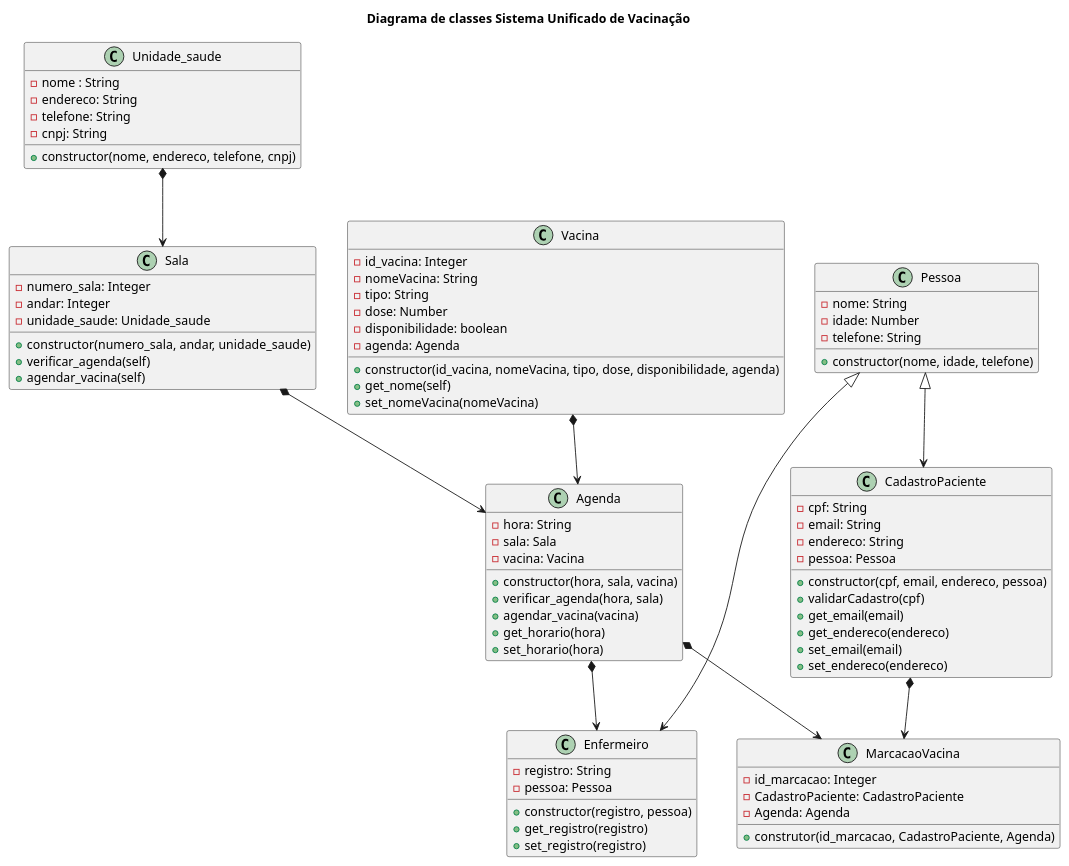
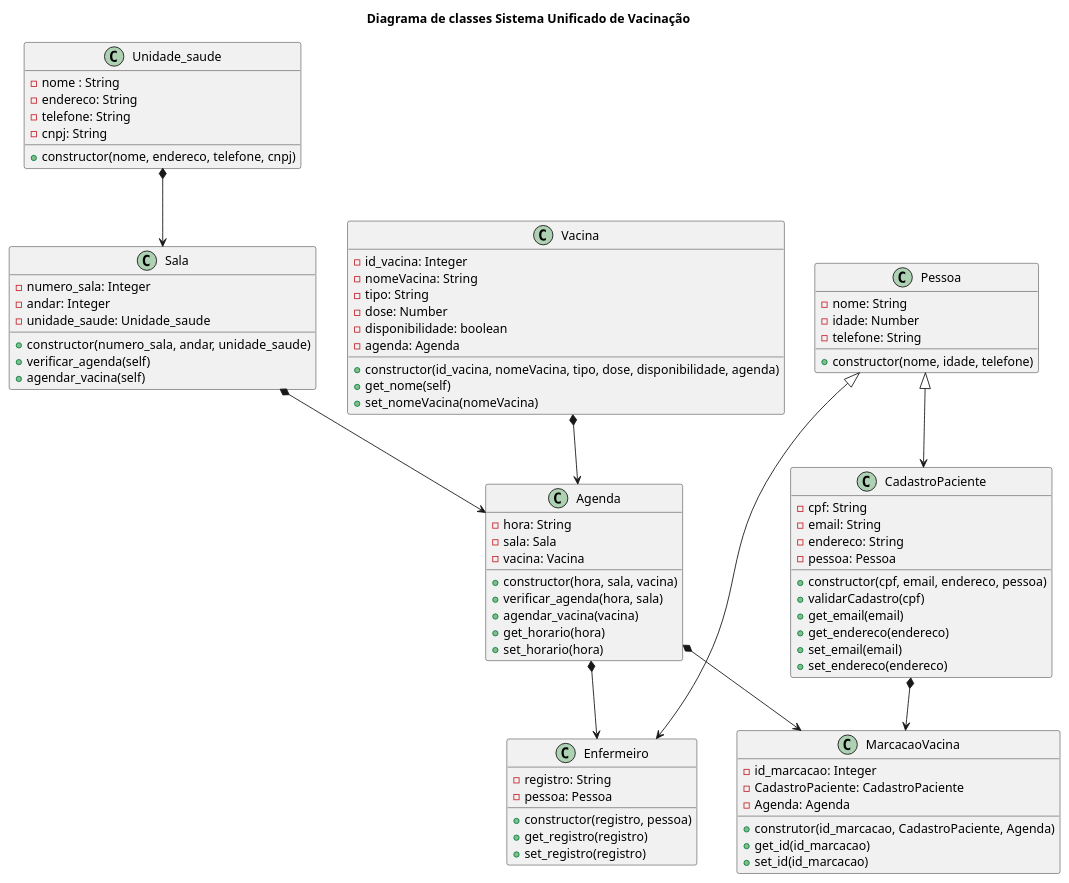
One commit to anleaes/2022-1-N2-POO-01 changed the diagram in diagrama_classe.plantuml. Above: the diagram before and after it, drawn with PlantUML.

Commit message:
atualizacao marcacaoVacina

```diff
--- a/diagrama_classe.plantuml
+++ b/diagrama_classe.plantuml
@@ -1,90 +1,92 @@
 @startuml diagrama_classe
 
 title Diagrama de classes Sistema Unificado de Vacinação
 
 class Unidade_saude{
     - nome : String
     - endereco: String
     - telefone: String
     - cnpj: String
     + constructor(nome, endereco, telefone, cnpj)
 }
 
 class Sala{
     - numero_sala: Integer
     - andar: Integer
     - unidade_saude: Unidade_saude 
     + constructor(numero_sala, andar, unidade_saude)
     + verificar_agenda(self)
     + agendar_vacina(self)
 }
 
 class Agenda{
     - hora: String
     - sala: Sala
     - vacina: Vacina
     + constructor(hora, sala, vacina)
     + verificar_agenda(hora, sala)
     + agendar_vacina(vacina)
     + get_horario(hora)
     + set_horario(hora)
 }
 
 
 Class Vacina{
     - id_vacina: Integer
     - nomeVacina: String
     - tipo: String
     - dose: Number
     - disponibilidade: boolean
     - agenda: Agenda
     + constructor(id_vacina, nomeVacina, tipo, dose, disponibilidade, agenda)
     + get_nome(self)
     + set_nomeVacina(nomeVacina)
 }
 
 class Pessoa{
     - nome: String
     - idade: Number
     - telefone: String
     + constructor(nome, idade, telefone)
 }
 
 class CadastroPaciente {
     - cpf: String
     - email: String
     - endereco: String
     - pessoa: Pessoa
     + constructor(cpf, email, endereco, pessoa)
     + validarCadastro(cpf)
     + get_email(email)
     + get_endereco(endereco)
     + set_email(email)
     + set_endereco(endereco)
 }
 
 class Enfermeiro {
     - registro: String
     - pessoa: Pessoa
     + constructor(registro, pessoa)
     + get_registro(registro)
     + set_registro(registro)
 }
 
 class MarcacaoVacina{
     - id_marcacao: Integer
     - CadastroPaciente: CadastroPaciente
     - Agenda: Agenda
     + construtor(id_marcacao, CadastroPaciente, Agenda)
+    + get_id(id_marcacao)
+    + set_id(id_marcacao)
 }
 
 Pessoa <|--> CadastroPaciente
 Pessoa <|--> Enfermeiro
 Unidade_saude *--> Sala
 Sala *--> Agenda
 Vacina *--> Agenda
 Agenda *--> Enfermeiro
 CadastroPaciente *--> MarcacaoVacina
 Agenda *--> MarcacaoVacina
 
 @enduml
```
